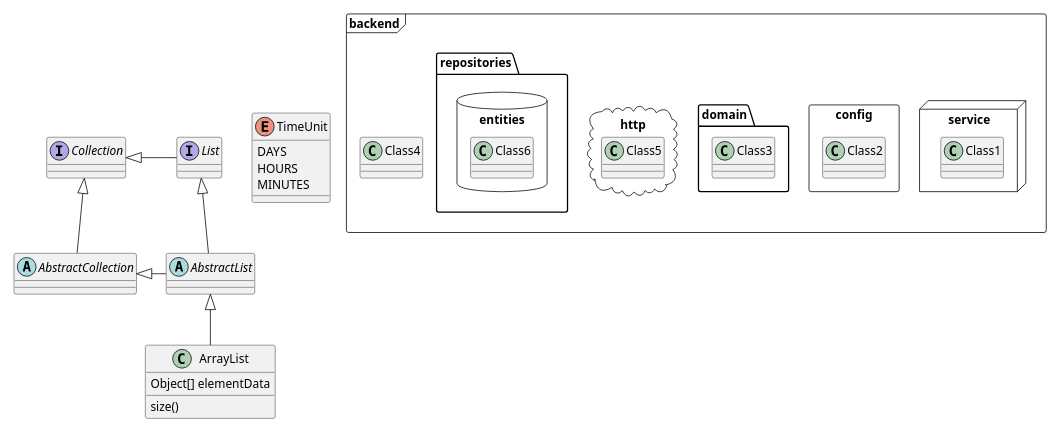
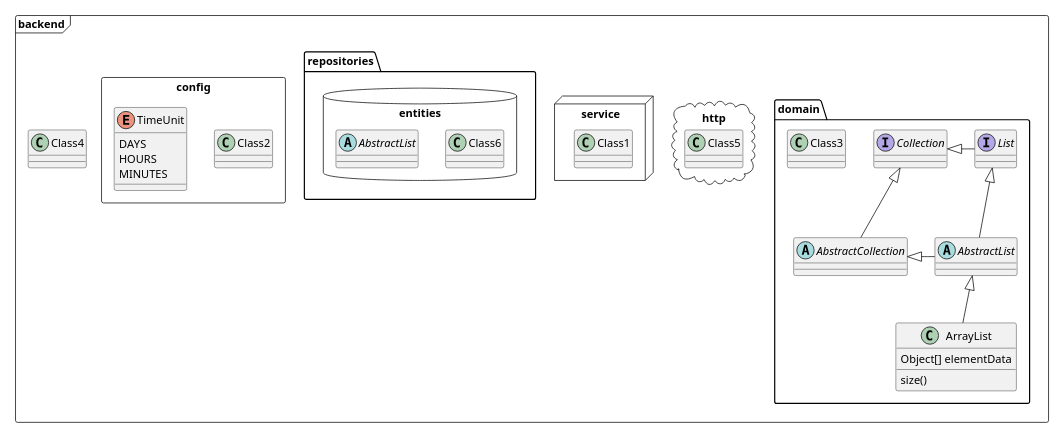
The diagram in Domain_class.puml (artisan-logiciel/section), drawn with PlantUML before and after one commit. The commit also changed 1 other file, not shown here.

```diff
--- a/Domain_class.puml
+++ b/Domain_class.puml
@@ -1,52 +1,53 @@
 @startuml
 'https://plantuml.com/class-diagram
+scale 750 width
 
-abstract class AbstractList
-abstract AbstractCollection
-interface List
-interface Collection
+package backend.domain <<Folder>> {
+  class Class3
+  abstract class AbstractList
+  abstract AbstractCollection
+  interface List
+  interface Collection
 
-List <|-- AbstractList
-Collection <|-- AbstractCollection
+  List <|-- AbstractList
+  Collection <|-- AbstractCollection
 
-Collection <|- List
-AbstractCollection <|- AbstractList
-AbstractList <|-- ArrayList
+  Collection <|- List
+  AbstractCollection <|- AbstractList
+  AbstractList <|-- ArrayList
 
-class ArrayList {
-Object[] elementData
-size()
+  class ArrayList {
+  Object[] elementData
+  size()
+  }
+
 }
 
-enum TimeUnit {
-DAYS
-HOURS
-MINUTES
+package backend.http <<Cloud>> {
+  class Class5
 }
 
-scale 750 width
 package backend.service <<Node>> {
   class Class1
 }
 
+package backend.repositories.entities <<Database>> {
+  class Class6
+  abstract class AbstractList
+}
+
 package backend.config <<Rectangle>> {
   class Class2
-}
+  enum TimeUnit {
+  DAYS
+  HOURS
+  MINUTES
+  }
 
-package backend.domain <<Folder>> {
-  class Class3
 }
 
 package backend <<Frame>> {
   class Class4
 }
 
-package backend.http <<Cloud>> {
-  class Class5
-}
-
-package backend.repositories.entities <<Database>> {
-  class Class6
-}
-
 @enduml
```
